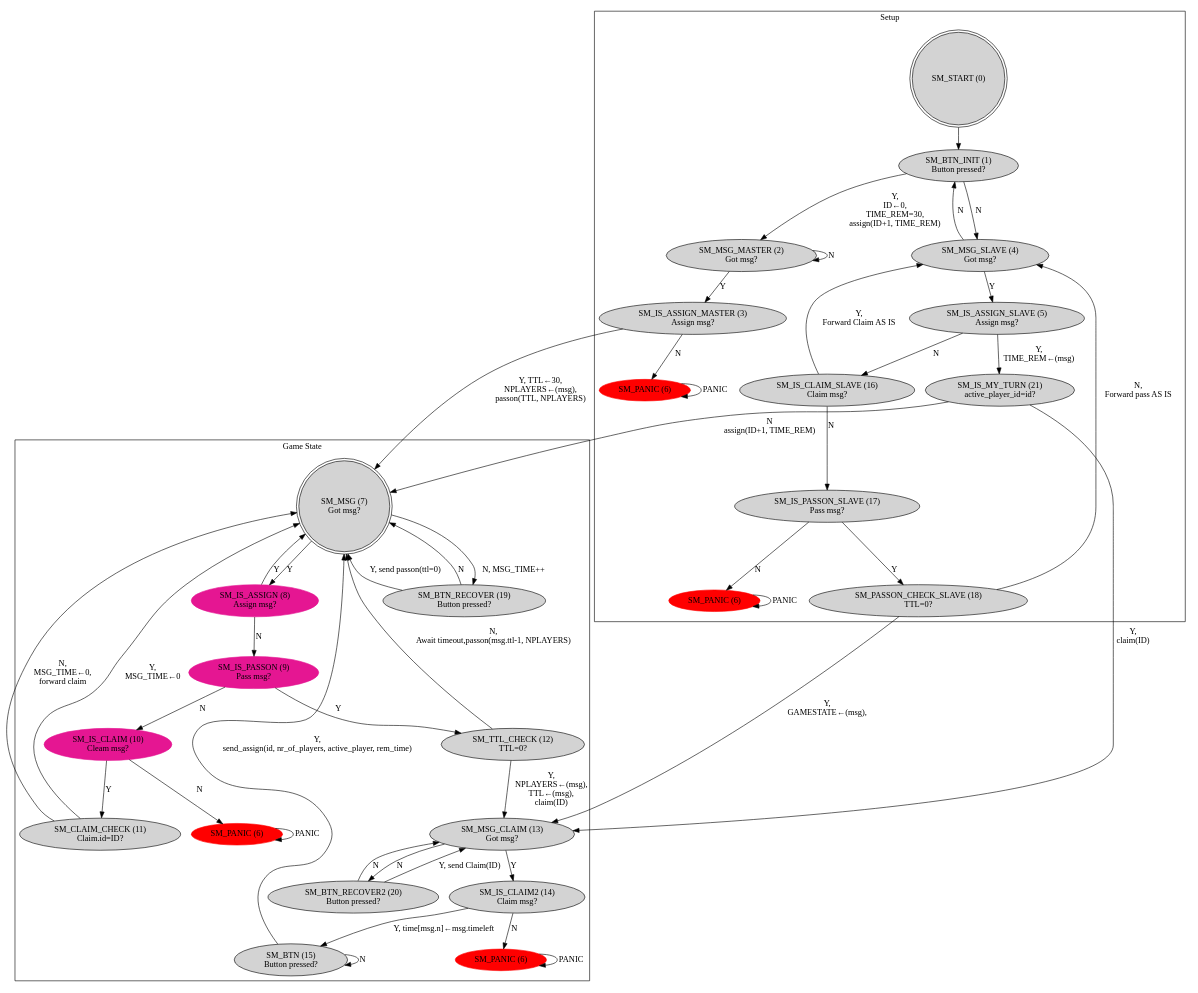
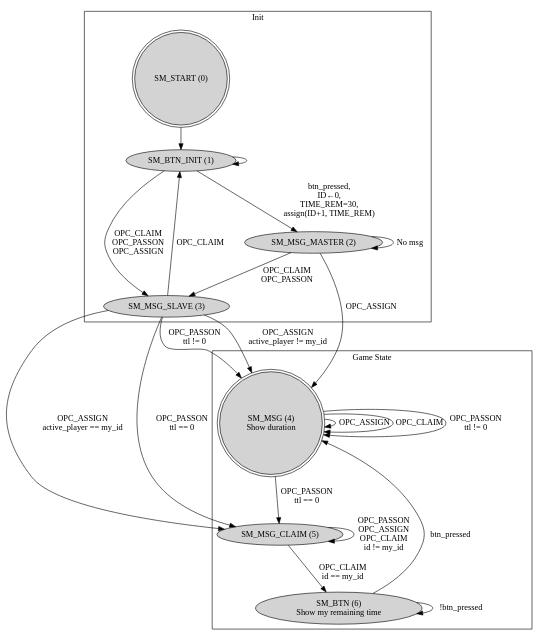
Before and after one commit to wutje/stc_nway_chessclock: the diagram in docs/statemachine.dot, drawn with Graphviz. The commit also changed 2 other files, not shown here.

Commit message:
Implement new statemachine and document it. Recovery now works better. No more panic mode.

```diff
--- a/docs/statemachine.dot
+++ b/docs/statemachine.dot
@@ -1,95 +1,49 @@
 digraph G {
     graph [layout = dot]
 
     subgraph cluster_0 {
-        label = "Setup";
+        label = "Init";
         node [style = filled];
-        SM_START [label = "SM_START (0)", shape=doublecircle];
-        SM_BTN_INIT [label = "SM_BTN_INIT (1)\nButton pressed?"];
-        SM_MSG_MASTER [label = "SM_MSG_MASTER (2)\nGot msg?"];
-        SM_IS_ASSIGN_MASTER [label = "SM_IS_ASSIGN_MASTER (3)\nAssign msg?"];
-        SM_MSG_SLAVE [label = "SM_MSG_SLAVE (4)\nGot msg?"];
-        SM_IS_ASSIGN_SLAVE [label = "SM_IS_ASSIGN_SLAVE (5)\nAssign msg?"];
-        SM_IS_CLAIM_SLAVE [label = "SM_IS_CLAIM_SLAVE (16)\nClaim msg?"];
-        SM_IS_PASSON_SLAVE [label = "SM_IS_PASSON_SLAVE (17)\nPass msg?"];
-        SM_PASSON_CHECK_SLAVE [label = "SM_PASSON_CHECK_SLAVE (18)\nTTL=0?"];
-        SM_IS_MY_TURN [label = "SM_IS_MY_TURN (21)\nactive_player_id=id?"];
-
-        SM_PANIC1 [label = "SM_PANIC (6)", style = filled, color = red];
-        SM_PANIC2 [label = "SM_PANIC (6)", style = filled, color = red];
+        SM_START [label = "SM_START (0)\n", shape=doublecircle];
+        SM_BTN_INIT [label = "SM_BTN_INIT (1)"];
+        SM_MSG_MASTER [label = "SM_MSG_MASTER (2)"];
+        SM_MSG_SLAVE [label = "SM_MSG_SLAVE (3)"];
     }
 
     subgraph cluster_1 {
         label = "Game State";
         node [style = filled];
 
-        SM_MSG [label = "SM_MSG (7)\nGot msg?", shape=doublecircle];
+        SM_MSG [label = "SM_MSG (4)\nShow duration", shape=doublecircle];
 
-        SM_IS_ASSIGN [color = ".9, .9, .9", label = "SM_IS_ASSIGN (8)\nAssign msg?"];
-        SM_IS_PASSON [color =  ".9, .9, .9", label = "SM_IS_PASSON (9)\nPass msg?"];
-        SM_IS_CLAIM [color =   ".9, .9, .9", label = "SM_IS_CLAIM (10)\nCleam msg?"];
-
-        SM_CLAIM_CHECK [label = "SM_CLAIM_CHECK (11)\nClaim.id=ID?"];
-        SM_TTL_CHECK [label = "SM_TTL_CHECK (12)\nTTL=0?"];
-        SM_MSG_CLAIM [label = "SM_MSG_CLAIM (13)\nGot msg?"];
-        SM_IS_CLAIM2 [label = "SM_IS_CLAIM2 (14)\nClaim msg?"];
-        SM_BTN [label = "SM_BTN (15)\nButton pressed?"];
-        SM_BTN_RECOVER [label = "SM_BTN_RECOVER (19)\nButton pressed?"];
-        SM_BTN_RECOVER2 [label = "SM_BTN_RECOVER2 (20)\nButton pressed?"];
-
-        SM_PANIC3 [label = "SM_PANIC (6)", style = filled, color = red];
-        SM_PANIC4 [label = "SM_PANIC (6)", style = filled, color = red];
+        SM_MSG_CLAIM [label = "SM_MSG_CLAIM (5)"];
+        SM_BTN [label = "SM_BTN (6)\nShow my remaining time"];
     }
 
     // SETUP
     SM_START -> SM_BTN_INIT;
-    SM_BTN_INIT -> SM_MSG_MASTER [label = "Y,\nID←0,\nTIME_REM=30,\nassign(ID+1, TIME_REM)"];
-    SM_BTN_INIT -> SM_MSG_SLAVE [label = "N"];
-    SM_MSG_MASTER -> SM_IS_ASSIGN_MASTER [label = "Y"];
-    SM_MSG_MASTER -> SM_MSG_MASTER [label = "N"];
-    SM_IS_ASSIGN_MASTER -> SM_MSG [label = "Y, TTL←30,\nNPLAYERS←(msg),\npasson(TTL, NPLAYERS)"];
-    SM_IS_ASSIGN_MASTER -> SM_PANIC1 [label = "N"];
-    SM_MSG_SLAVE -> SM_IS_ASSIGN_SLAVE [label = "Y"];
-    SM_MSG_SLAVE -> SM_BTN_INIT [label = "N"];
-    SM_IS_ASSIGN_SLAVE -> SM_IS_MY_TURN [label = "Y,\nTIME_REM←(msg)"];
-    SM_IS_MY_TURN -> SM_MSG [label = "N\nassign(ID+1, TIME_REM)"];
-    SM_IS_MY_TURN -> SM_MSG_CLAIM [label = "Y,\nclaim(ID)" ];
-    SM_IS_ASSIGN_SLAVE -> SM_IS_CLAIM_SLAVE [label = "N"];
-    SM_IS_CLAIM_SLAVE -> SM_MSG_SLAVE [label = "Y,\nForward Claim AS IS"];
-    SM_IS_CLAIM_SLAVE -> SM_IS_PASSON_SLAVE [label = "N"];
-    SM_IS_PASSON_SLAVE -> SM_PASSON_CHECK_SLAVE [label = "Y"];
-    SM_IS_PASSON_SLAVE -> SM_PANIC2 [label = "N"];
-    SM_PASSON_CHECK_SLAVE -> SM_MSG_CLAIM [label = "Y,\nGAMESTATE←(msg),\n"];
-    SM_PASSON_CHECK_SLAVE -> SM_MSG_SLAVE [label = "N,\nForward pass AS IS"];
+    SM_BTN_INIT -> SM_MSG_MASTER [label = "btn_pressed,\nID←0,\nTIME_REM=30,\nassign(ID+1, TIME_REM)"];
+    SM_BTN_INIT -> SM_MSG_SLAVE [label = "OPC_CLAIM\nOPC_PASSON\nOPC_ASSIGN"];
+    SM_BTN_INIT -> SM_BTN_INIT;
 
-    SM_PANIC1 -> SM_PANIC1 [label = "PANIC"];
-    SM_PANIC2 -> SM_PANIC2 [label = "PANIC"];
-    SM_PANIC3 -> SM_PANIC3 [label = "PANIC"];
-    SM_PANIC4 -> SM_PANIC4 [label = "PANIC"];
+    SM_MSG_MASTER -> SM_MSG [label = "OPC_ASSIGN"];
+    SM_MSG_MASTER -> SM_MSG_SLAVE [label = "OPC_CLAIM\nOPC_PASSON"];
+    SM_MSG_MASTER -> SM_MSG_MASTER [label = "No msg"];
 
-    // REGULAR GAME
-    SM_MSG -> SM_IS_ASSIGN [label = "Y"];
-    SM_MSG -> SM_BTN_RECOVER [label = "N, MSG_TIME++"];
-    SM_BTN_RECOVER -> SM_MSG [label = "Y, send passon(ttl=0)"];
-    SM_BTN_RECOVER -> SM_MSG [label = "N"];
-    SM_IS_ASSIGN -> SM_MSG [label = "Y"];
-    SM_IS_ASSIGN -> SM_IS_PASSON [label = "N"];
-    SM_IS_PASSON -> SM_TTL_CHECK [label = "Y"];
-    SM_IS_PASSON -> SM_IS_CLAIM [label = "N"];
-    SM_IS_CLAIM -> SM_CLAIM_CHECK [label = "Y"];
-    SM_IS_CLAIM -> SM_PANIC3 [label = "N"];
-    SM_CLAIM_CHECK -> SM_MSG [label = "Y,\nMSG_TIME←0"];
-    SM_CLAIM_CHECK -> SM_MSG [label = "N,\nMSG_TIME←0,\nforward claim"];
-    SM_TTL_CHECK -> SM_MSG_CLAIM [label = "Y,\nNPLAYERS←(msg),\nTTL←(msg),\nclaim(ID)"];
-    SM_TTL_CHECK -> SM_MSG [label = "N,\nAwait timeout,passon(msg.ttl-1, NPLAYERS)"];
-    SM_MSG_CLAIM -> SM_IS_CLAIM2 [label = "Y"];
-    SM_MSG_CLAIM -> SM_BTN_RECOVER2 [label = "N"];
+    SM_MSG_SLAVE -> SM_MSG [label = "OPC_ASSIGN\nactive_player != my_id"];
+    SM_MSG_SLAVE -> SM_MSG_CLAIM [label = "OPC_ASSIGN\nactive_player == my_id"];
+    SM_MSG_SLAVE -> SM_MSG_CLAIM [label = "OPC_PASSON\nttl == 0"];
+    SM_MSG_SLAVE -> SM_MSG [label = "OPC_PASSON\nttl != 0"];
+    SM_MSG_SLAVE -> SM_BTN_INIT [label = "OPC_CLAIM"];
 
-    SM_BTN_RECOVER2 -> SM_MSG_CLAIM [label = "Y, send Claim(ID)"];
-    SM_BTN_RECOVER2 -> SM_MSG_CLAIM [label = "N"];
+    SM_MSG -> SM_MSG [label = "OPC_ASSIGN"];
+    SM_MSG -> SM_MSG [label = "OPC_CLAIM"];
+    SM_MSG -> SM_MSG_CLAIM [label = "OPC_PASSON\nttl == 0"];
+    SM_MSG -> SM_MSG [label = "OPC_PASSON\nttl != 0"];
 
-    SM_IS_CLAIM2 -> SM_BTN [label = "Y, time[msg.n]←msg.timeleft"];
-    SM_IS_CLAIM2 -> SM_PANIC4 [label = "N"];
-    SM_BTN -> SM_MSG [label = "Y,\nsend_assign(id, nr_of_players, active_player, rem_time)"];
-    SM_BTN -> SM_BTN [label = "N"];
+    SM_MSG_CLAIM -> SM_BTN [label = "OPC_CLAIM\nid == my_id"];
+    SM_MSG_CLAIM -> SM_MSG_CLAIM [label = "OPC_PASSON\nOPC_ASSIGN\nOPC_CLAIM\nid != my_id"];
+
+    SM_BTN -> SM_MSG [label = "btn_pressed"];
+    SM_BTN -> SM_BTN [label = "!btn_pressed"];
 }
```
